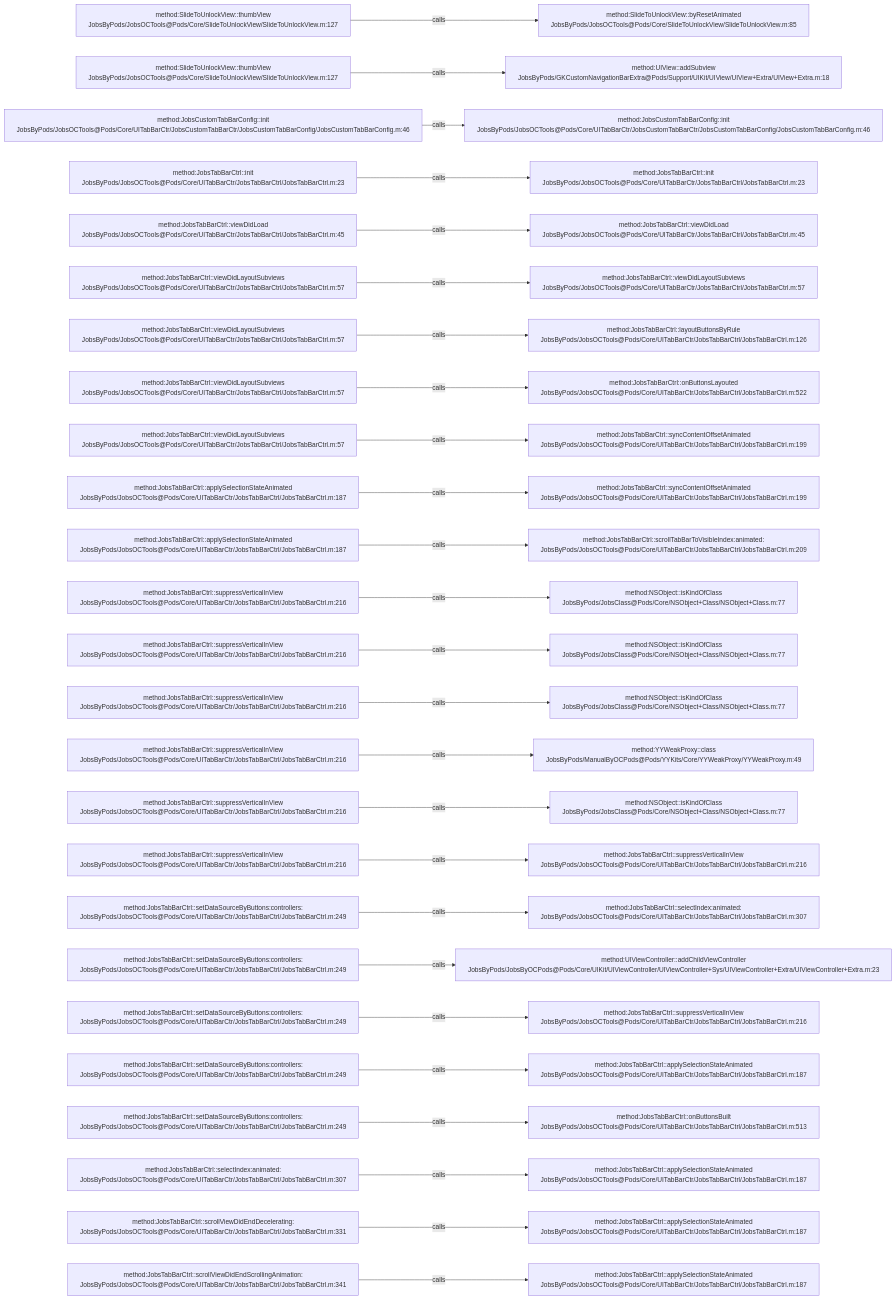
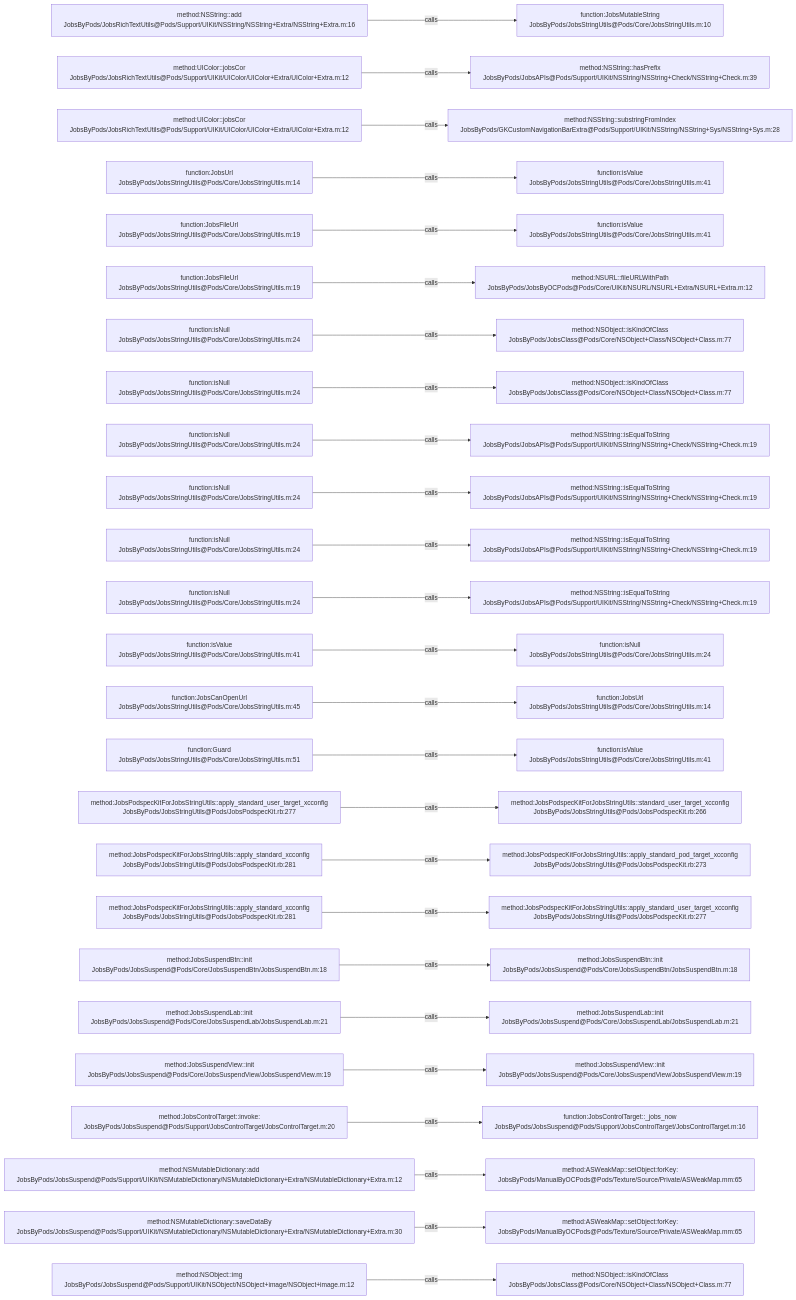
The diagram in .codegraph/codegraph.md/graphs/calls-159.md (JobsKits/JobsOCBaseConfigDemo), drawn with Mermaid before and after one commit. The commit also changed 639 other files, not shown here.

````diff
--- a/.codegraph/codegraph.md/graphs/calls-159.md
+++ b/.codegraph/codegraph.md/graphs/calls-159.md
@@ -13,78 +13,78 @@
 ```mermaid
 flowchart LR
-  S1["method:SlideToUnlockView::thumbView<br/>JobsByPods/JobsOCTools@Pods/Core/SlideToUnlockView/SlideToUnlockView.m:127"]
-  T1["method:SlideToUnlockView::byResetAnimated<br/>JobsByPods/JobsOCTools@Pods/Core/SlideToUnlockView/SlideToUnlockView.m:85"]
+  S1["method:NSString::add<br/>JobsByPods/JobsRichTextUtils@Pods/Support/UIKit/NSString/NSString+Extra/NSString+Extra.m:16"]
+  T1["function:JobsMutableString<br/>JobsByPods/JobsStringUtils@Pods/Core/JobsStringUtils.m:10"]
   S1 -->|calls| T1
-  S2["method:SlideToUnlockView::thumbView<br/>JobsByPods/JobsOCTools@Pods/Core/SlideToUnlockView/SlideToUnlockView.m:127"]
-  T2["method:UIView::addSubview<br/>JobsByPods/GKCustomNavigationBarExtra@Pods/Support/UIKit/UIView/UIView+Extra/UIView+Extra.m:18"]
+  S2["method:UIColor::jobsCor<br/>JobsByPods/JobsRichTextUtils@Pods/Support/UIKit/UIColor/UIColor+Extra/UIColor+Extra.m:12"]
+  T2["method:NSString::hasPrefix<br/>JobsByPods/JobsAPIs@Pods/Support/UIKit/NSString/NSString+Check/NSString+Check.m:39"]
   S2 -->|calls| T2
-  S3["method:JobsCustomTabBarConfig::init<br/>JobsByPods/JobsOCTools@Pods/Core/UITabBarCtr/JobsCustomTabBarCtr/JobsCustomTabBarConfig/JobsCustomTabBarConfig.m:46"]
-  T3["method:JobsCustomTabBarConfig::init<br/>JobsByPods/JobsOCTools@Pods/Core/UITabBarCtr/JobsCustomTabBarCtr/JobsCustomTabBarConfig/JobsCustomTabBarConfig.m:46"]
+  S3["method:UIColor::jobsCor<br/>JobsByPods/JobsRichTextUtils@Pods/Support/UIKit/UIColor/UIColor+Extra/UIColor+Extra.m:12"]
+  T3["method:NSString::substringFromIndex<br/>JobsByPods/GKCustomNavigationBarExtra@Pods/Support/UIKit/NSString/NSString+Sys/NSString+Sys.m:28"]
   S3 -->|calls| T3
-  S4["method:JobsTabBarCtrl::init<br/>JobsByPods/JobsOCTools@Pods/Core/UITabBarCtr/JobsTabBarCtrl/JobsTabBarCtrl.m:23"]
-  T4["method:JobsTabBarCtrl::init<br/>JobsByPods/JobsOCTools@Pods/Core/UITabBarCtr/JobsTabBarCtrl/JobsTabBarCtrl.m:23"]
+  S4["function:JobsUrl<br/>JobsByPods/JobsStringUtils@Pods/Core/JobsStringUtils.m:14"]
+  T4["function:isValue<br/>JobsByPods/JobsStringUtils@Pods/Core/JobsStringUtils.m:41"]
   S4 -->|calls| T4
-  S5["method:JobsTabBarCtrl::viewDidLoad<br/>JobsByPods/JobsOCTools@Pods/Core/UITabBarCtr/JobsTabBarCtrl/JobsTabBarCtrl.m:45"]
-  T5["method:JobsTabBarCtrl::viewDidLoad<br/>JobsByPods/JobsOCTools@Pods/Core/UITabBarCtr/JobsTabBarCtrl/JobsTabBarCtrl.m:45"]
+  S5["function:JobsFileUrl<br/>JobsByPods/JobsStringUtils@Pods/Core/JobsStringUtils.m:19"]
+  T5["function:isValue<br/>JobsByPods/JobsStringUtils@Pods/Core/JobsStringUtils.m:41"]
   S5 -->|calls| T5
-  S6["method:JobsTabBarCtrl::viewDidLayoutSubviews<br/>JobsByPods/JobsOCTools@Pods/Core/UITabBarCtr/JobsTabBarCtrl/JobsTabBarCtrl.m:57"]
-  T6["method:JobsTabBarCtrl::viewDidLayoutSubviews<br/>JobsByPods/JobsOCTools@Pods/Core/UITabBarCtr/JobsTabBarCtrl/JobsTabBarCtrl.m:57"]
+  S6["function:JobsFileUrl<br/>JobsByPods/JobsStringUtils@Pods/Core/JobsStringUtils.m:19"]
+  T6["method:NSURL::fileURLWithPath<br/>JobsByPods/JobsByOCPods@Pods/Core/UIKit/NSURL/NSURL+Extra/NSURL+Extra.m:12"]
   S6 -->|calls| T6
-  S7["method:JobsTabBarCtrl::viewDidLayoutSubviews<br/>JobsByPods/JobsOCTools@Pods/Core/UITabBarCtr/JobsTabBarCtrl/JobsTabBarCtrl.m:57"]
-  T7["method:JobsTabBarCtrl::layoutButtonsByRule<br/>JobsByPods/JobsOCTools@Pods/Core/UITabBarCtr/JobsTabBarCtrl/JobsTabBarCtrl.m:126"]
+  S7["function:isNull<br/>JobsByPods/JobsStringUtils@Pods/Core/JobsStringUtils.m:24"]
+  T7["method:NSObject::isKindOfClass<br/>JobsByPods/JobsClass@Pods/Core/NSObject+Class/NSObject+Class.m:77"]
   S7 -->|calls| T7
-  S8["method:JobsTabBarCtrl::viewDidLayoutSubviews<br/>JobsByPods/JobsOCTools@Pods/Core/UITabBarCtr/JobsTabBarCtrl/JobsTabBarCtrl.m:57"]
-  T8["method:JobsTabBarCtrl::onButtonsLayouted<br/>JobsByPods/JobsOCTools@Pods/Core/UITabBarCtr/JobsTabBarCtrl/JobsTabBarCtrl.m:522"]
+  S8["function:isNull<br/>JobsByPods/JobsStringUtils@Pods/Core/JobsStringUtils.m:24"]
+  T8["method:NSObject::isKindOfClass<br/>JobsByPods/JobsClass@Pods/Core/NSObject+Class/NSObject+Class.m:77"]
   S8 -->|calls| T8
-  S9["method:JobsTabBarCtrl::viewDidLayoutSubviews<br/>JobsByPods/JobsOCTools@Pods/Core/UITabBarCtr/JobsTabBarCtrl/JobsTabBarCtrl.m:57"]
-  T9["method:JobsTabBarCtrl::syncContentOffsetAnimated<br/>JobsByPods/JobsOCTools@Pods/Core/UITabBarCtr/JobsTabBarCtrl/JobsTabBarCtrl.m:199"]
+  S9["function:isNull<br/>JobsByPods/JobsStringUtils@Pods/Core/JobsStringUtils.m:24"]
+  T9["method:NSString::isEqualToString<br/>JobsByPods/JobsAPIs@Pods/Support/UIKit/NSString/NSString+Check/NSString+Check.m:19"]
   S9 -->|calls| T9
-  S10["method:JobsTabBarCtrl::applySelectionStateAnimated<br/>JobsByPods/JobsOCTools@Pods/Core/UITabBarCtr/JobsTabBarCtrl/JobsTabBarCtrl.m:187"]
-  T10["method:JobsTabBarCtrl::syncContentOffsetAnimated<br/>JobsByPods/JobsOCTools@Pods/Core/UITabBarCtr/JobsTabBarCtrl/JobsTabBarCtrl.m:199"]
+  S10["function:isNull<br/>JobsByPods/JobsStringUtils@Pods/Core/JobsStringUtils.m:24"]
+  T10["method:NSString::isEqualToString<br/>JobsByPods/JobsAPIs@Pods/Support/UIKit/NSString/NSString+Check/NSString+Check.m:19"]
   S10 -->|calls| T10
-  S11["method:JobsTabBarCtrl::applySelectionStateAnimated<br/>JobsByPods/JobsOCTools@Pods/Core/UITabBarCtr/JobsTabBarCtrl/JobsTabBarCtrl.m:187"]
-  T11["method:JobsTabBarCtrl::scrollTabBarToVisibleIndex:animated:<br/>JobsByPods/JobsOCTools@Pods/Core/UITabBarCtr/JobsTabBarCtrl/JobsTabBarCtrl.m:209"]
+  S11["function:isNull<br/>JobsByPods/JobsStringUtils@Pods/Core/JobsStringUtils.m:24"]
+  T11["method:NSString::isEqualToString<br/>JobsByPods/JobsAPIs@Pods/Support/UIKit/NSString/NSString+Check/NSString+Check.m:19"]
   S11 -->|calls| T11
-  S12["method:JobsTabBarCtrl::suppressVerticalInView<br/>JobsByPods/JobsOCTools@Pods/Core/UITabBarCtr/JobsTabBarCtrl/JobsTabBarCtrl.m:216"]
-  T12["method:NSObject::isKindOfClass<br/>JobsByPods/JobsClass@Pods/Core/NSObject+Class/NSObject+Class.m:77"]
+  S12["function:isNull<br/>JobsByPods/JobsStringUtils@Pods/Core/JobsStringUtils.m:24"]
+  T12["method:NSString::isEqualToString<br/>JobsByPods/JobsAPIs@Pods/Support/UIKit/NSString/NSString+Check/NSString+Check.m:19"]
   S12 -->|calls| T12
-  S13["method:JobsTabBarCtrl::suppressVerticalInView<br/>JobsByPods/JobsOCTools@Pods/Core/UITabBarCtr/JobsTabBarCtrl/JobsTabBarCtrl.m:216"]
-  T13["method:NSObject::isKindOfClass<br/>JobsByPods/JobsClass@Pods/Core/NSObject+Class/NSObject+Class.m:77"]
+  S13["function:isValue<br/>JobsByPods/JobsStringUtils@Pods/Core/JobsStringUtils.m:41"]
+  T13["function:isNull<br/>JobsByPods/JobsStringUtils@Pods/Core/JobsStringUtils.m:24"]
   S13 -->|calls| T13
-  S14["method:JobsTabBarCtrl::suppressVerticalInView<br/>JobsByPods/JobsOCTools@Pods/Core/UITabBarCtr/JobsTabBarCtrl/JobsTabBarCtrl.m:216"]
-  T14["method:NSObject::isKindOfClass<br/>JobsByPods/JobsClass@Pods/Core/NSObject+Class/NSObject+Class.m:77"]
+  S14["function:JobsCanOpenUrl<br/>JobsByPods/JobsStringUtils@Pods/Core/JobsStringUtils.m:45"]
+  T14["function:JobsUrl<br/>JobsByPods/JobsStringUtils@Pods/Core/JobsStringUtils.m:14"]
   S14 -->|calls| T14
-  S15["method:JobsTabBarCtrl::suppressVerticalInView<br/>JobsByPods/JobsOCTools@Pods/Core/UITabBarCtr/JobsTabBarCtrl/JobsTabBarCtrl.m:216"]
-  T15["method:YYWeakProxy::class<br/>JobsByPods/ManualByOCPods@Pods/YYKits/Core/YYWeakProxy/YYWeakProxy.m:49"]
+  S15["function:Guard<br/>JobsByPods/JobsStringUtils@Pods/Core/JobsStringUtils.m:51"]
+  T15["function:isValue<br/>JobsByPods/JobsStringUtils@Pods/Core/JobsStringUtils.m:41"]
   S15 -->|calls| T15
-  S16["method:JobsTabBarCtrl::suppressVerticalInView<br/>JobsByPods/JobsOCTools@Pods/Core/UITabBarCtr/JobsTabBarCtrl/JobsTabBarCtrl.m:216"]
-  T16["method:NSObject::isKindOfClass<br/>JobsByPods/JobsClass@Pods/Core/NSObject+Class/NSObject+Class.m:77"]
+  S16["method:JobsPodspecKitForJobsStringUtils::apply_standard_user_target_xcconfig<br/>JobsByPods/JobsStringUtils@Pods/JobsPodspecKit.rb:277"]
+  T16["method:JobsPodspecKitForJobsStringUtils::standard_user_target_xcconfig<br/>JobsByPods/JobsStringUtils@Pods/JobsPodspecKit.rb:266"]
   S16 -->|calls| T16
-  S17["method:JobsTabBarCtrl::suppressVerticalInView<br/>JobsByPods/JobsOCTools@Pods/Core/UITabBarCtr/JobsTabBarCtrl/JobsTabBarCtrl.m:216"]
-  T17["method:JobsTabBarCtrl::suppressVerticalInView<br/>JobsByPods/JobsOCTools@Pods/Core/UITabBarCtr/JobsTabBarCtrl/JobsTabBarCtrl.m:216"]
+  S17["method:JobsPodspecKitForJobsStringUtils::apply_standard_xcconfig<br/>JobsByPods/JobsStringUtils@Pods/JobsPodspecKit.rb:281"]
+  T17["method:JobsPodspecKitForJobsStringUtils::apply_standard_pod_target_xcconfig<br/>JobsByPods/JobsStringUtils@Pods/JobsPodspecKit.rb:273"]
   S17 -->|calls| T17
-  S18["method:JobsTabBarCtrl::setDataSourceByButtons:controllers:<br/>JobsByPods/JobsOCTools@Pods/Core/UITabBarCtr/JobsTabBarCtrl/JobsTabBarCtrl.m:249"]
-  T18["method:JobsTabBarCtrl::selectIndex:animated:<br/>JobsByPods/JobsOCTools@Pods/Core/UITabBarCtr/JobsTabBarCtrl/JobsTabBarCtrl.m:307"]
+  S18["method:JobsPodspecKitForJobsStringUtils::apply_standard_xcconfig<br/>JobsByPods/JobsStringUtils@Pods/JobsPodspecKit.rb:281"]
+  T18["method:JobsPodspecKitForJobsStringUtils::apply_standard_user_target_xcconfig<br/>JobsByPods/JobsStringUtils@Pods/JobsPodspecKit.rb:277"]
   S18 -->|calls| T18
-  S19["method:JobsTabBarCtrl::setDataSourceByButtons:controllers:<br/>JobsByPods/JobsOCTools@Pods/Core/UITabBarCtr/JobsTabBarCtrl/JobsTabBarCtrl.m:249"]
-  T19["method:UIViewController::addChildViewController<br/>JobsByPods/JobsByOCPods@Pods/Core/UIKit/UIViewController/UIViewController+Sys/UIViewController+Extra/UIViewController+Extra.m:23"]
+  S19["method:JobsSuspendBtn::init<br/>JobsByPods/JobsSuspend@Pods/Core/JobsSuspendBtn/JobsSuspendBtn.m:18"]
+  T19["method:JobsSuspendBtn::init<br/>JobsByPods/JobsSuspend@Pods/Core/JobsSuspendBtn/JobsSuspendBtn.m:18"]
   S19 -->|calls| T19
-  S20["method:JobsTabBarCtrl::setDataSourceByButtons:controllers:<br/>JobsByPods/JobsOCTools@Pods/Core/UITabBarCtr/JobsTabBarCtrl/JobsTabBarCtrl.m:249"]
-  T20["method:JobsTabBarCtrl::suppressVerticalInView<br/>JobsByPods/JobsOCTools@Pods/Core/UITabBarCtr/JobsTabBarCtrl/JobsTabBarCtrl.m:216"]
+  S20["method:JobsSuspendLab::init<br/>JobsByPods/JobsSuspend@Pods/Core/JobsSuspendLab/JobsSuspendLab.m:21"]
+  T20["method:JobsSuspendLab::init<br/>JobsByPods/JobsSuspend@Pods/Core/JobsSuspendLab/JobsSuspendLab.m:21"]
   S20 -->|calls| T20
-  S21["method:JobsTabBarCtrl::setDataSourceByButtons:controllers:<br/>JobsByPods/JobsOCTools@Pods/Core/UITabBarCtr/JobsTabBarCtrl/JobsTabBarCtrl.m:249"]
-  T21["method:JobsTabBarCtrl::applySelectionStateAnimated<br/>JobsByPods/JobsOCTools@Pods/Core/UITabBarCtr/JobsTabBarCtrl/JobsTabBarCtrl.m:187"]
+  S21["method:JobsSuspendView::init<br/>JobsByPods/JobsSuspend@Pods/Core/JobsSuspendView/JobsSuspendView.m:19"]
+  T21["method:JobsSuspendView::init<br/>JobsByPods/JobsSuspend@Pods/Core/JobsSuspendView/JobsSuspendView.m:19"]
   S21 -->|calls| T21
-  S22["method:JobsTabBarCtrl::setDataSourceByButtons:controllers:<br/>JobsByPods/JobsOCTools@Pods/Core/UITabBarCtr/JobsTabBarCtrl/JobsTabBarCtrl.m:249"]
-  T22["method:JobsTabBarCtrl::onButtonsBuilt<br/>JobsByPods/JobsOCTools@Pods/Core/UITabBarCtr/JobsTabBarCtrl/JobsTabBarCtrl.m:513"]
+  S22["method:JobsControlTarget::invoke:<br/>JobsByPods/JobsSuspend@Pods/Support/JobsControlTarget/JobsControlTarget.m:20"]
+  T22["function:JobsControlTarget::_jobs_now<br/>JobsByPods/JobsSuspend@Pods/Support/JobsControlTarget/JobsControlTarget.m:16"]
   S22 -->|calls| T22
-  S23["method:JobsTabBarCtrl::selectIndex:animated:<br/>JobsByPods/JobsOCTools@Pods/Core/UITabBarCtr/JobsTabBarCtrl/JobsTabBarCtrl.m:307"]
-  T23["method:JobsTabBarCtrl::applySelectionStateAnimated<br/>JobsByPods/JobsOCTools@Pods/Core/UITabBarCtr/JobsTabBarCtrl/JobsTabBarCtrl.m:187"]
+  S23["method:NSMutableDictionary::add<br/>JobsByPods/JobsSuspend@Pods/Support/UIKit/NSMutableDictionary/NSMutableDictionary+Extra/NSMutableDictionary+Extra.m:12"]
+  T23["method:ASWeakMap::setObject:forKey:<br/>JobsByPods/ManualByOCPods@Pods/Texture/Source/Private/ASWeakMap.mm:65"]
   S23 -->|calls| T23
-  S24["method:JobsTabBarCtrl::scrollViewDidEndDecelerating:<br/>JobsByPods/JobsOCTools@Pods/Core/UITabBarCtr/JobsTabBarCtrl/JobsTabBarCtrl.m:331"]
-  T24["method:JobsTabBarCtrl::applySelectionStateAnimated<br/>JobsByPods/JobsOCTools@Pods/Core/UITabBarCtr/JobsTabBarCtrl/JobsTabBarCtrl.m:187"]
+  S24["method:NSMutableDictionary::saveDataBy<br/>JobsByPods/JobsSuspend@Pods/Support/UIKit/NSMutableDictionary/NSMutableDictionary+Extra/NSMutableDictionary+Extra.m:30"]
+  T24["method:ASWeakMap::setObject:forKey:<br/>JobsByPods/ManualByOCPods@Pods/Texture/Source/Private/ASWeakMap.mm:65"]
   S24 -->|calls| T24
-  S25["method:JobsTabBarCtrl::scrollViewDidEndScrollingAnimation:<br/>JobsByPods/JobsOCTools@Pods/Core/UITabBarCtr/JobsTabBarCtrl/JobsTabBarCtrl.m:341"]
-  T25["method:JobsTabBarCtrl::applySelectionStateAnimated<br/>JobsByPods/JobsOCTools@Pods/Core/UITabBarCtr/JobsTabBarCtrl/JobsTabBarCtrl.m:187"]
+  S25["method:NSObject::img<br/>JobsByPods/JobsSuspend@Pods/Support/UIKit/NSObject/NSObject+image/NSObject+image.m:12"]
+  T25["method:NSObject::isKindOfClass<br/>JobsByPods/JobsClass@Pods/Core/NSObject+Class/NSObject+Class.m:77"]
   S25 -->|calls| T25
 ```
````
